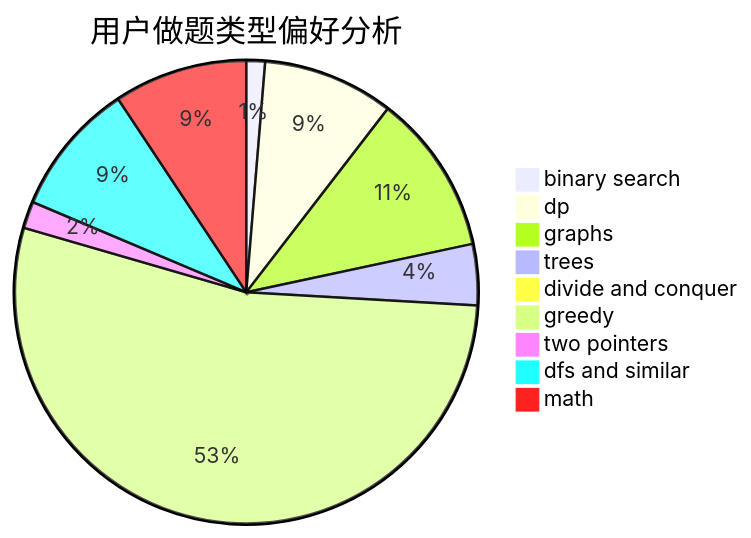
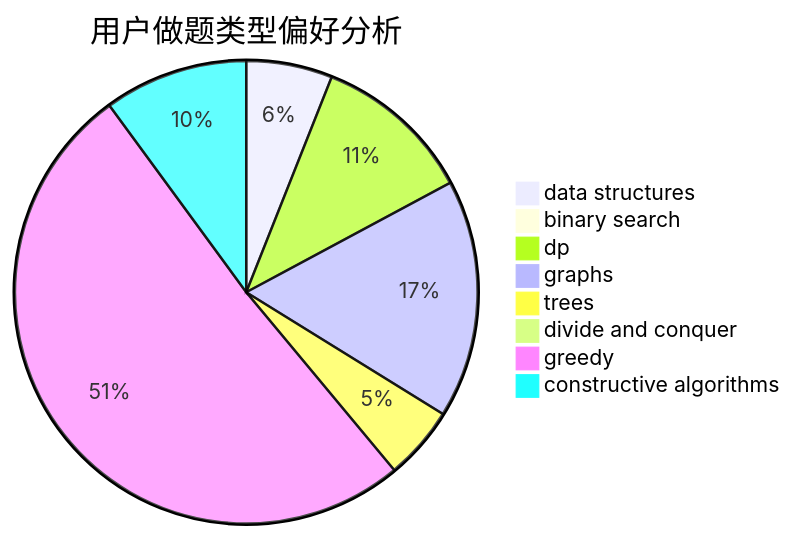
The second of 3 diagrams in docs/user/u2056.md (sherpahu/cfrs.github.io), drawn with Mermaid before and after one commit. The commit also changed other lines of this file and 2775 other files, not shown here.

````diff
--- a/docs/user/u2056.md
+++ b/docs/user/u2056.md
@@ -23,12 +23,11 @@
 ```mermaid
 pie title 用户做题类型偏好分析
-    "binary search" :  23
-    "dp" :  161
-    "graphs" :  197
-    "trees" :  75
-    "divide and conquer" :  9
-    "greedy" :  943
-    "two pointers" :  33
-    "dfs and similar" :  164
-    "math" :  164
+    "data structures" :  61
+    "binary search" :  4
+    "dp" :  113
+    "graphs" :  169
+    "trees" :  52
+    "divide and conquer" :  5
+    "greedy" :  517
+    "constructive algorithms" :  102
 ```
````
